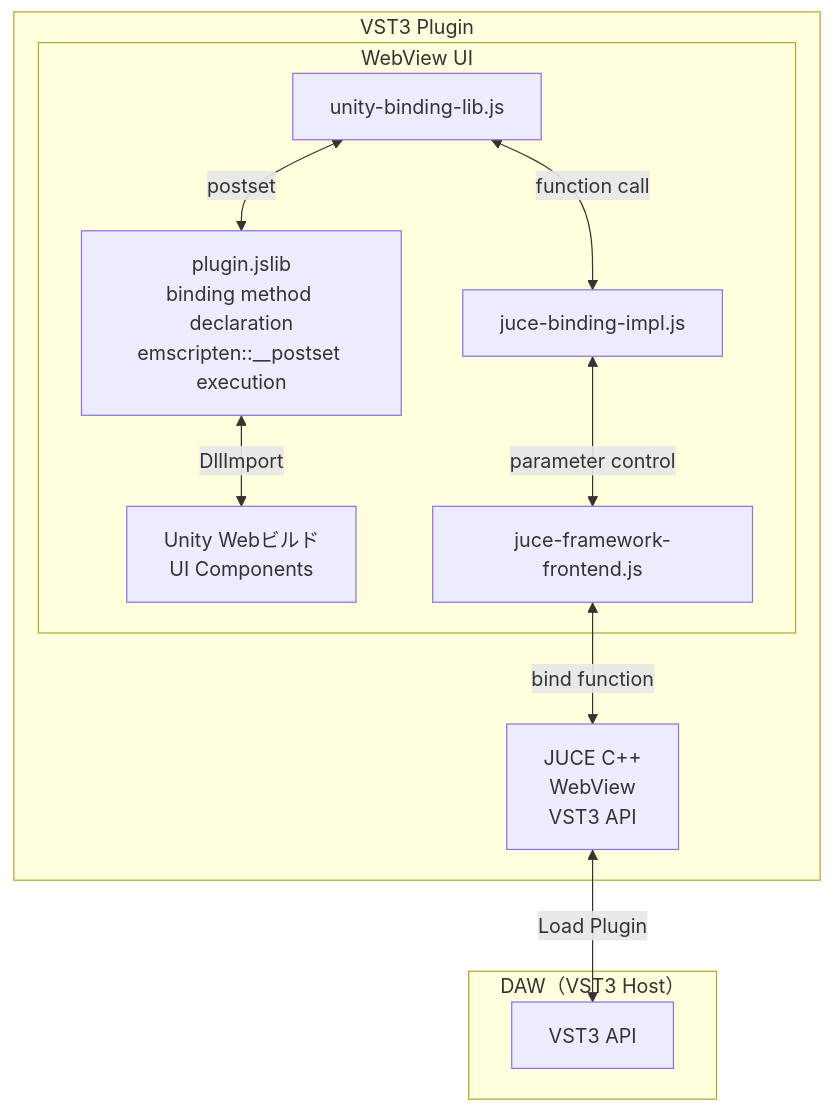
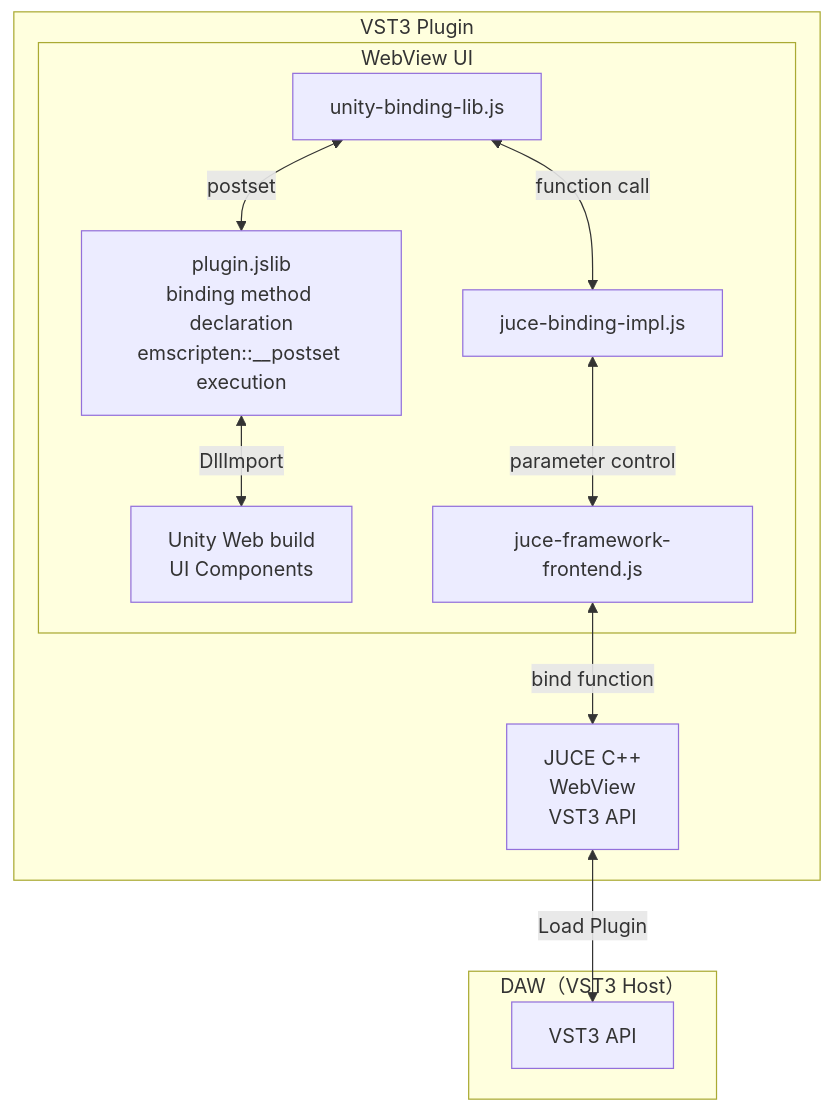
One commit to COx2/audio-plugin-unity-web-ui changed the second of 2 diagrams in README.md. Above: the diagram before and after it, drawn with Mermaid.

````diff
--- a/README.md
+++ b/README.md
@@ -27,24 +27,24 @@
 ```mermaid
 graph TB
     subgraph Native["VST3 Plugin"]
         subgraph Browser["WebView UI"]
-            unity_web["Unity Webビルド<br/>UI Components"]
+            unity_web["Unity Web build<br/>UI Components"]
             jslib_p["plugin.jslib<br/>binding method declaration<br/>emscripten::__postset execution"]
             libjs["unity-binding-lib.js"]
             mainjs["juce-binding-impl.js"]
             jucejs["juce-framework-frontend.js"]
         end
         vst3["JUCE C++<br/>WebView<br/>VST3 API"]
     end
 
     subgraph DAW["DAW（VST3 Host）"]
         daw["VST3 API"]
     end
     
     jslib_p <--> |"DllImport"| unity_web
     libjs <--> |"postset"| jslib_p
     libjs <--> |"function call"| mainjs
     mainjs <--> |"parameter control"| jucejs
     jucejs <--> |"bind function"| vst3
     vst3 <--> |"Load Plugin"| daw
 ```
````
